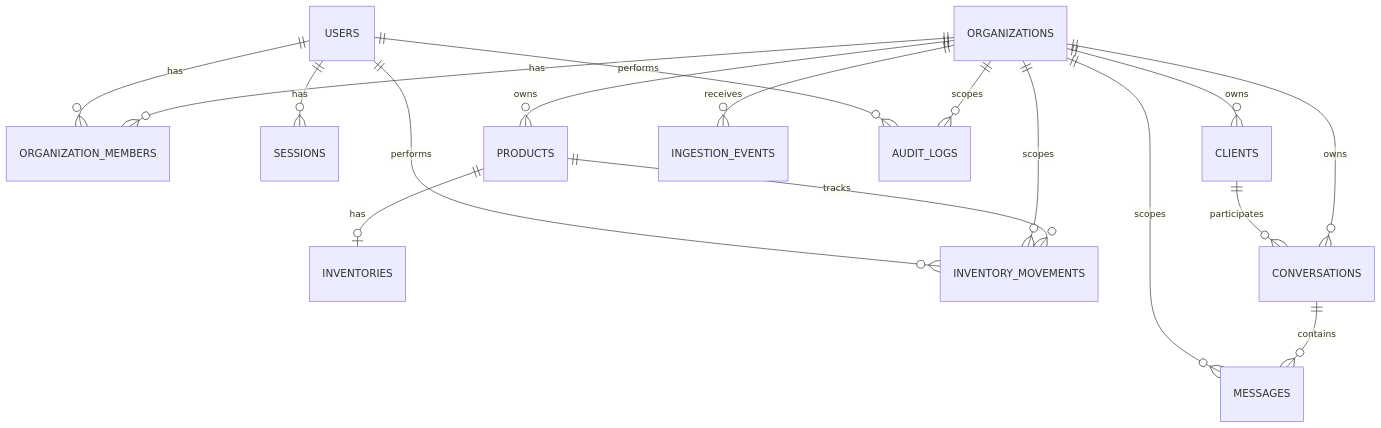
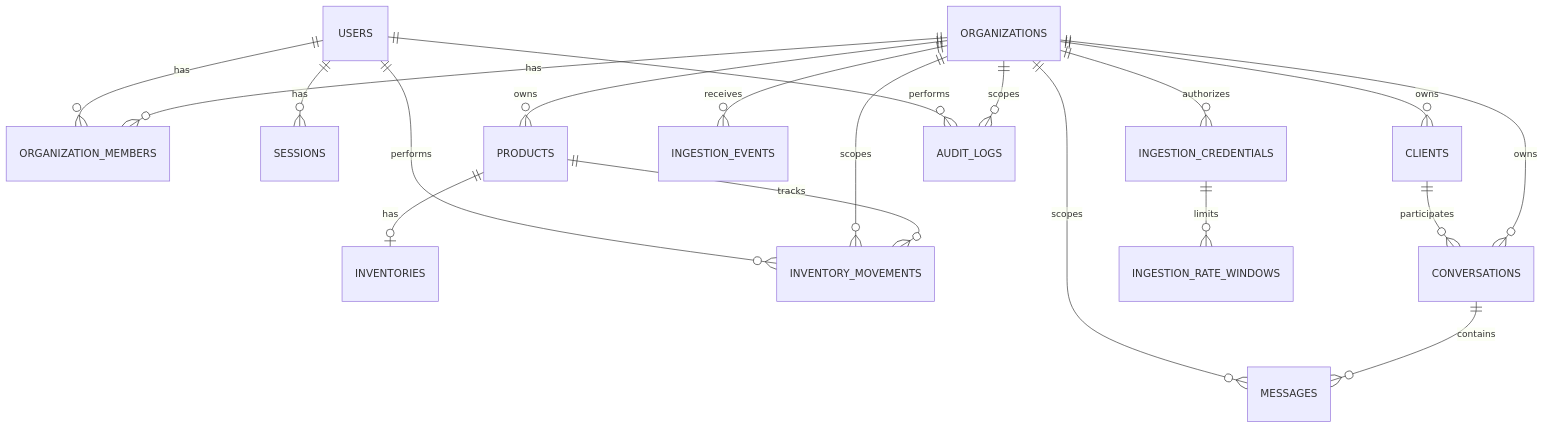
Before and after one commit to benjamurilloo/AI-WhatsApp-Agent-CRM: the diagram in docs/architecture/DataModel.md, drawn with Mermaid. The commit also changed other lines of this file and 37 other files, not shown here.

````diff
--- a/docs/architecture/DataModel.md
+++ b/docs/architecture/DataModel.md
@@ -33,19 +33,21 @@
 ```mermaid
 erDiagram
     ORGANIZATIONS ||--o{ ORGANIZATION_MEMBERS : has
     USERS ||--o{ ORGANIZATION_MEMBERS : has
     USERS ||--o{ SESSIONS : has
     ORGANIZATIONS ||--o{ CLIENTS : owns
     ORGANIZATIONS ||--o{ PRODUCTS : owns
     PRODUCTS ||--o| INVENTORIES : has
     PRODUCTS ||--o{ INVENTORY_MOVEMENTS : tracks
     ORGANIZATIONS ||--o{ INVENTORY_MOVEMENTS : scopes
     ORGANIZATIONS ||--o{ CONVERSATIONS : owns
     CLIENTS ||--o{ CONVERSATIONS : participates
     CONVERSATIONS ||--o{ MESSAGES : contains
     ORGANIZATIONS ||--o{ MESSAGES : scopes
     ORGANIZATIONS ||--o{ INGESTION_EVENTS : receives
+    ORGANIZATIONS ||--o{ INGESTION_CREDENTIALS : authorizes
+    INGESTION_CREDENTIALS ||--o{ INGESTION_RATE_WINDOWS : limits
     ORGANIZATIONS ||--o{ AUDIT_LOGS : scopes
     USERS ||--o{ AUDIT_LOGS : performs
     USERS ||--o{ INVENTORY_MOVEMENTS : performs
 ```
````
